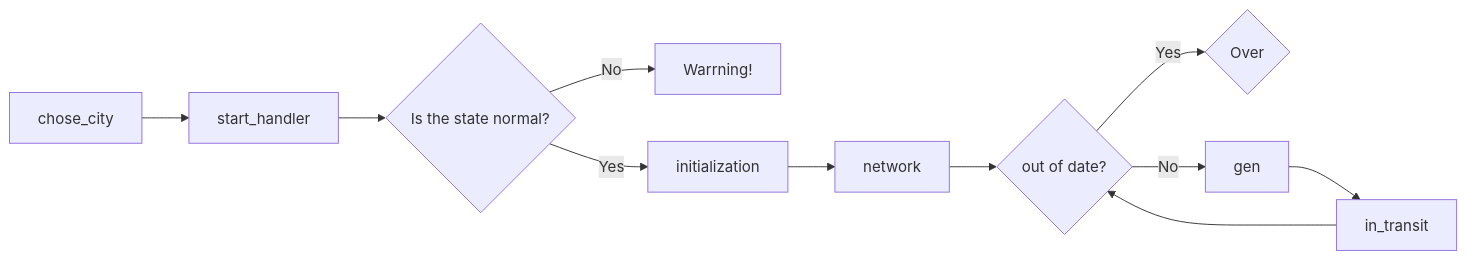
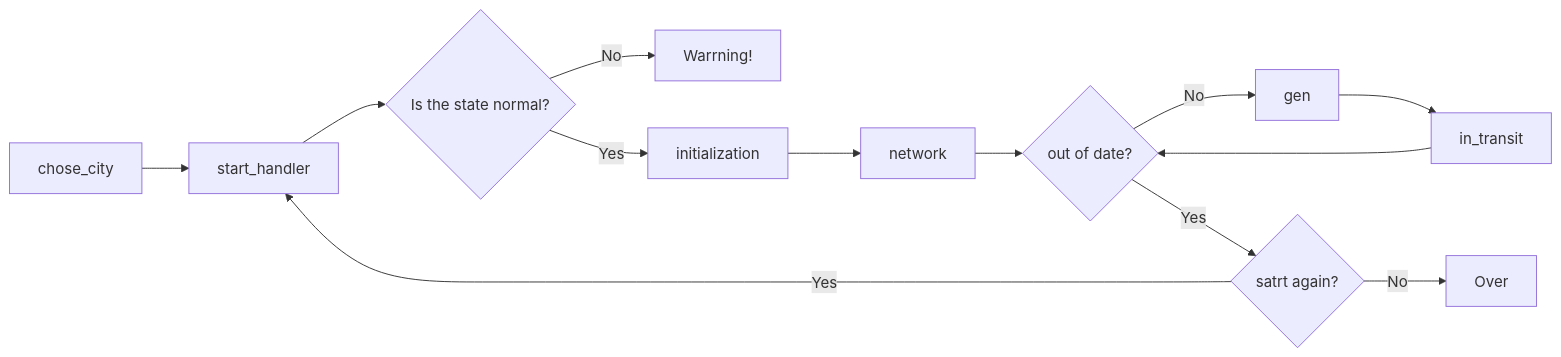
Before and after one commit to AxlWang/Visualized-Supply-Chain: the diagram in README.md, drawn with Mermaid.

Commit message:
README.md

````diff
--- a/README.md
+++ b/README.md
@@ -35,13 +35,15 @@
 ```mermaid
 flowchart LR
   A[chose_city] --> B[start_handler];
   B[start_handler] --> C{Is the state normal?};
   C{Is the state normal?} -- No --> D[Warrning!];
   C{Is the state normal?} -- Yes --> E[initialization];
   E[initialization] --> F[network];
   F[network] --> G{out of date?};
-  G{out of date?} -- Yes --> H{Over};
+  G{out of date?} -- Yes --> H{satrt again?};
+  H{satrt again?} -- Yes --> B[start_handler];
+  H{satrt again?} -- No --> K[Over];
   G{out of date?} -- No --> I[gen];
   I[gen] --> J[in_transit];
   J[in_transit] --> G{out of date?}
 ```
````
